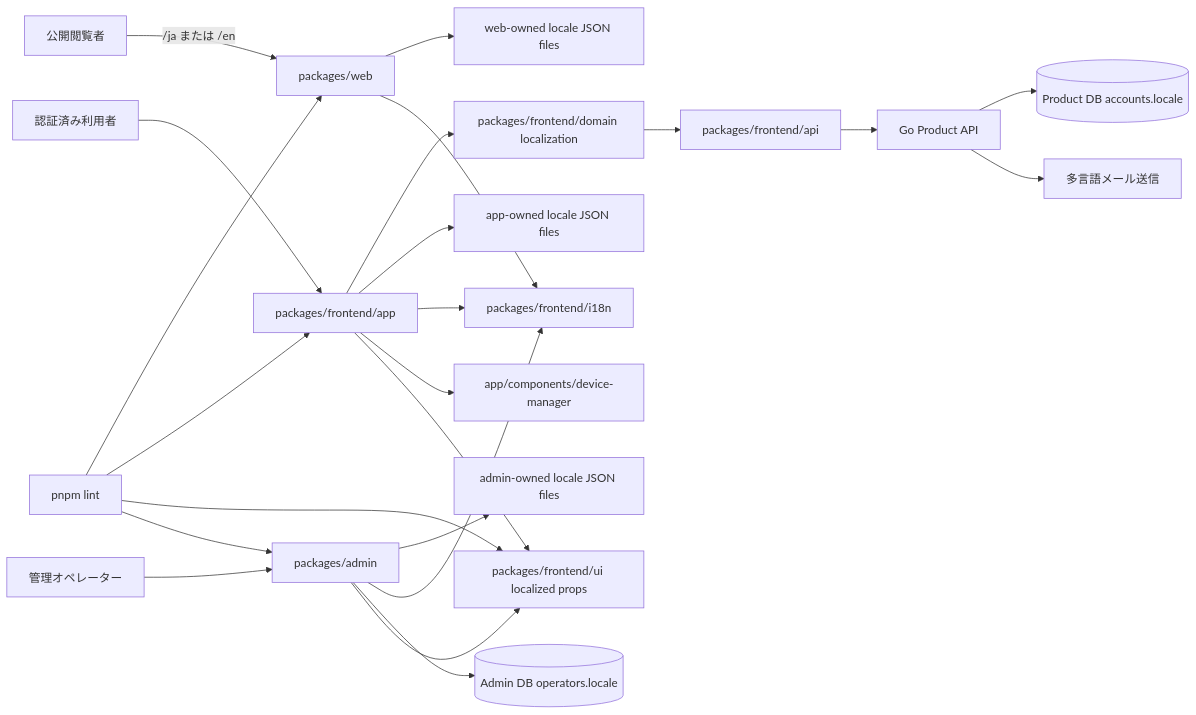
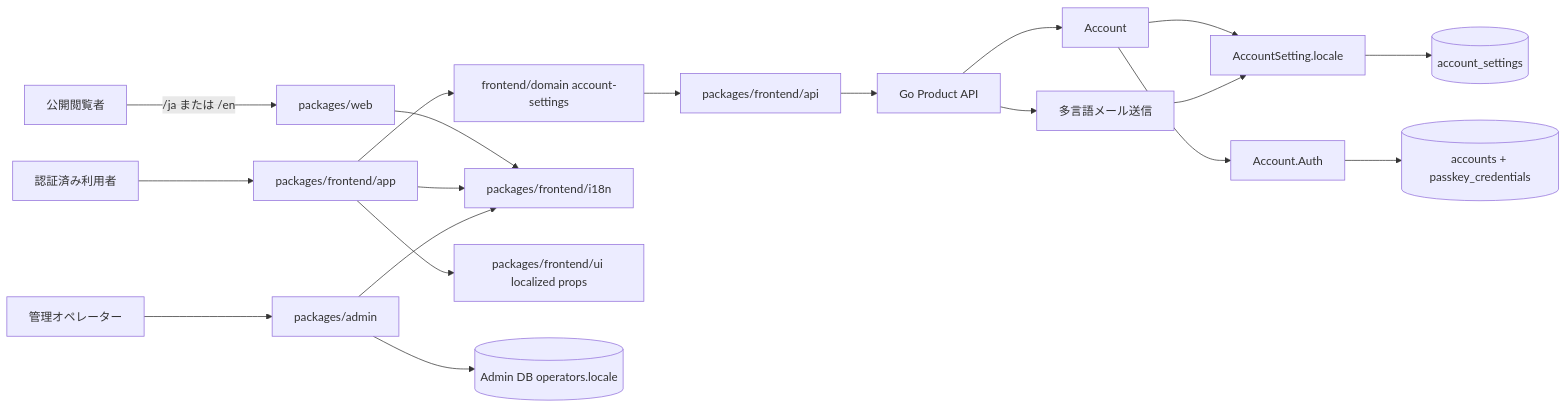
Before and after one commit to witwire-net/www-template: the first of 6 diagrams in openspec/changes/add-default-i18n/design.md, drawn with Mermaid. The commit also changed other lines of this file and 4 other files, not shown here.

````diff
--- a/openspec/changes/add-default-i18n/design.md
+++ b/openspec/changes/add-default-i18n/design.md
@@ -300,29 +271,22 @@
 ```mermaid
 flowchart LR
   Visitor[公開閲覧者] -->|/ja または /en| Web[packages/web]
   User[認証済み利用者] --> App[packages/frontend/app]
-  App --> Domain[packages/frontend/domain localization]
+  App --> Domain[frontend/domain account-settings]
   Domain --> ApiClient[packages/frontend/api]
   ApiClient --> ProductAPI[Go Product API]
-  ProductAPI --> ProductDB[(Product DB accounts.locale)]
+  ProductAPI --> Account[Account]
+  Account --> AccountSetting[AccountSetting.locale]
+  Account --> AccountAuth[Account.Auth]
+  AccountSetting --> ProductDB[(account_settings)]
+  AccountAuth --> AuthDB[(accounts + passkey_credentials)]
   ProductAPI --> Mailer[多言語メール送信]
+  Mailer --> AccountSetting
   I18n[packages/frontend/i18n]
-  WebMessages[web-owned locale JSON files]
-  AppMessages[app-owned locale JSON files]
-  AdminMessages[admin-owned locale JSON files]
-  Web --> WebMessages
-  App --> AppMessages
-  Admin --> AdminMessages
   Web --> I18n
   App --> I18n
-  App --> AppDeviceManager[app/components/device-manager]
-  Admin --> I18n
+  Admin[packages/admin] --> I18n
   App --> UI[packages/frontend/ui localized props]
-  Operator[管理オペレーター] --> Admin[packages/admin]
+  Operator[管理オペレーター] --> Admin
   Admin --> AdminDB[(Admin DB operators.locale)]
-  Admin --> UI
-  Lint[pnpm lint] --> Web
-  Lint --> App
-  Lint --> UI
-  Lint --> Admin
 ```
````
